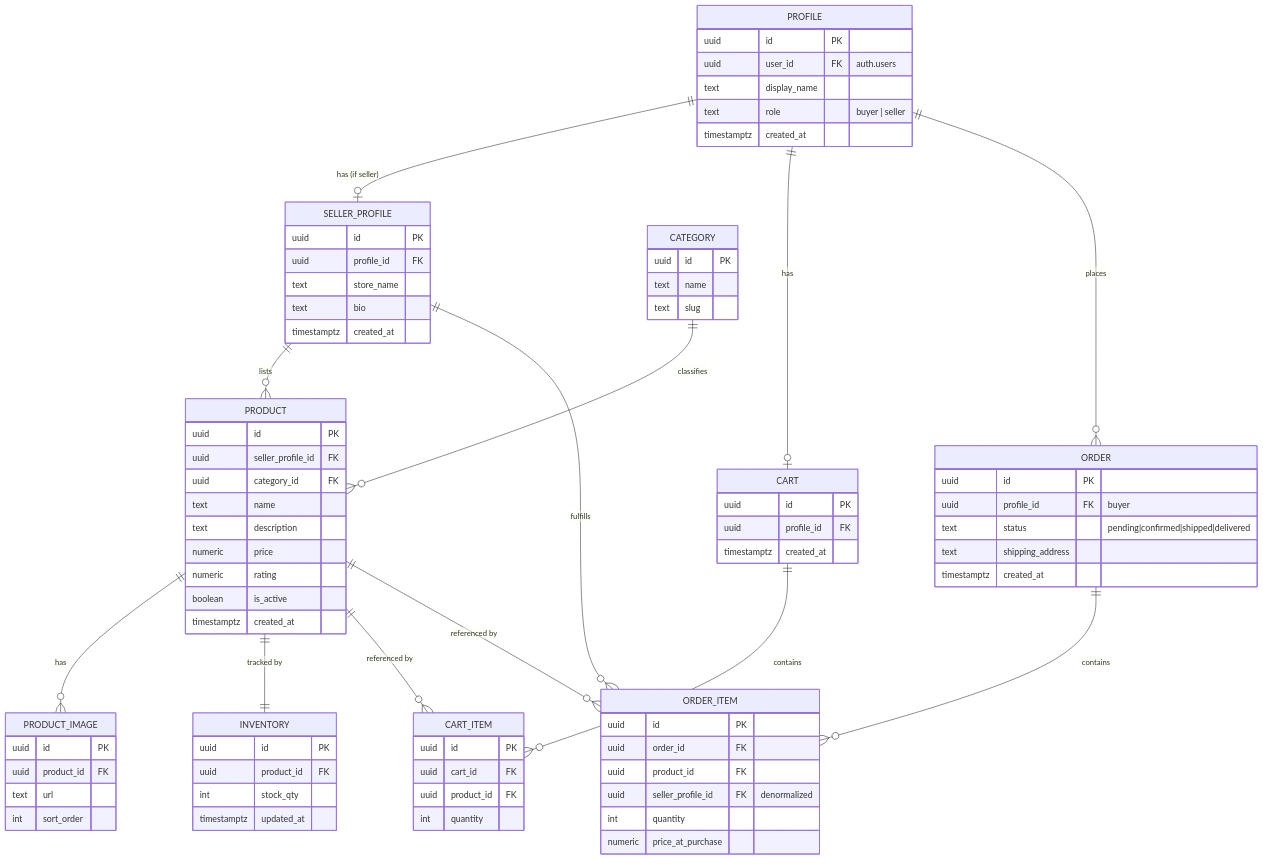
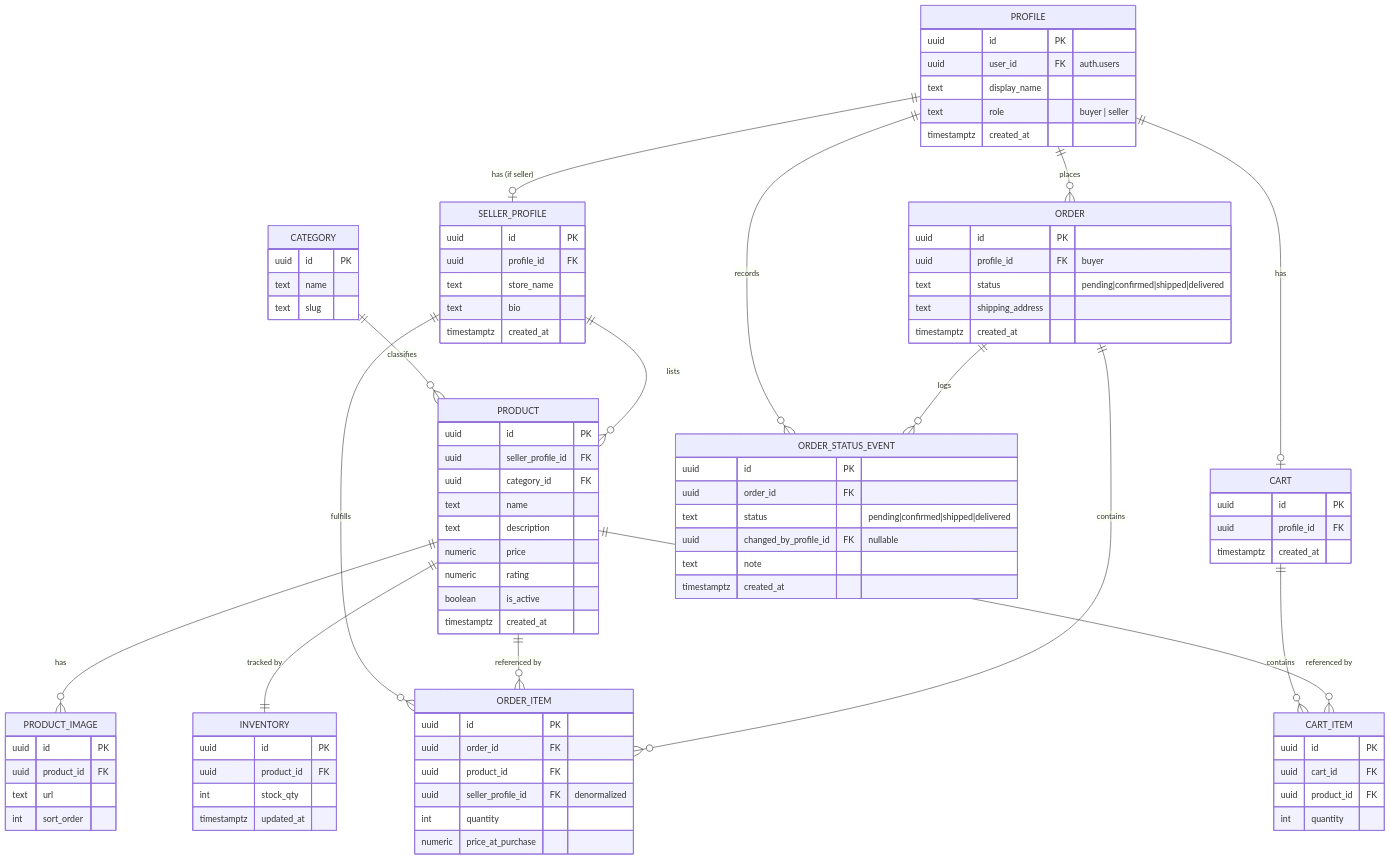
Before and after one commit to sameerq08/ecom: the diagram in .claude/specs/entity-architecture.md, drawn with Mermaid. The commit also changed other lines of this file and 15 other files, not shown here.

````diff
--- a/.claude/specs/entity-architecture.md
+++ b/.claude/specs/entity-architecture.md
@@ -16,6 +20,8 @@
     ORDER ||--o{ ORDER_ITEM : "contains"
     PRODUCT ||--o{ ORDER_ITEM : "referenced by"
     SELLER_PROFILE ||--o{ ORDER_ITEM : "fulfills"
+    ORDER ||--o{ ORDER_STATUS_EVENT : "logs"
+    PROFILE ||--o{ ORDER_STATUS_EVENT : "records"
 
     PROFILE {
         uuid id PK
@@ -94,4 +100,13 @@
         int quantity
         numeric price_at_purchase
     }
+
+    ORDER_STATUS_EVENT {
+        uuid id PK
+        uuid order_id FK
+        text status "pending|confirmed|shipped|delivered"
+        uuid changed_by_profile_id FK "nullable"
+        text note
+        timestamptz created_at
+    }
 ```
````
